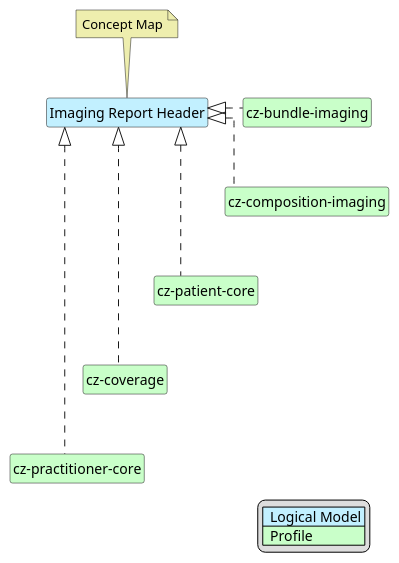
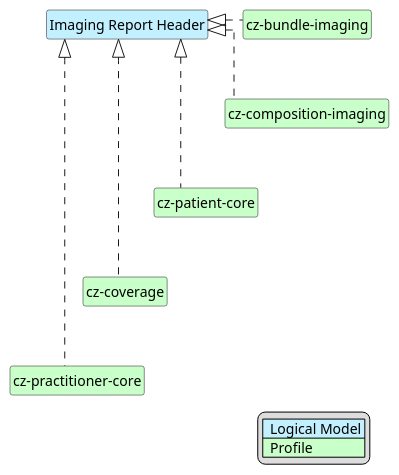
The diagram in input/images-source/imgReportHead-map.plantuml (HL7-cz/img), drawn with PlantUML before and after one commit. The commit also changed 20 other files, not shown here.

Commit message:
delete concept maps and correction of diagnostic report according to change in eu standard

```diff
--- a/input/images-source/imgReportHead-map.plantuml
+++ b/input/images-source/imgReportHead-map.plantuml
@@ -1,36 +1,33 @@
 @startuml
 hide circle
 hide stereotype
 hide members
 hide methods
 skinparam linetype ortho
 skinparam class {
 BackgroundColor<<LogicalModel>> #APPLICATION
 BackgroundColor<<Profile>> #TECHNOLOGY
 }
 legend right
 | <#APPLICATION>  Logical Model |
 | <#TECHNOLOGY>  Profile |
 endlegend
 class "Imaging Report Header" <<LogicalModel>> [[StructureDefinition-HeaderImagingReportCz.html]]
-note top #EEEEAE [[ConceptMap-HeaderImagingReport2FHIR-cz.html]]
-Concept Map
-endnote
 
 class "cz-coverage" <<Profile>> [[https://build.fhir.org/ig/HL7-cz/cz-core/StructureDefinition-cz-coverage.html]]
 class "cz-patient-core" <<Profile>> [[https://build.fhir.org/ig/HL7-cz/cz-core/StructureDefinition-cz-patient-core.html]]
 class "cz-practitioner-core" <<Profile>> [[https://build.fhir.org/ig/HL7-cz/cz-core/StructureDefinition-cz-practitioner-core.html]]
 class "cz-bundle-imaging" <<Profile>> [[StructureDefinition-cz-bundle-imaging.html]]
 class "cz-composition-imaging" <<Profile>> [[StructureDefinition-cz-composition-imaging.html]]
 
 "Imaging Report Header" <|. "cz-composition-imaging"
 "Imaging Report Header" <|. "cz-bundle-imaging"
 "Imaging Report Header" <|. "cz-patient-core"
 "Imaging Report Header" <|. "cz-coverage"
 "Imaging Report Header" <|. "cz-practitioner-core"
 
 "cz-bundle-imaging" -d[hidden]-> "cz-composition-imaging"
 "cz-composition-imaging" -d[hidden]-> "cz-patient-core"
 "cz-patient-core" -d[hidden]-> "cz-coverage"
 "cz-coverage" -d[hidden]-> "cz-practitioner-core"
 @enduml
```
